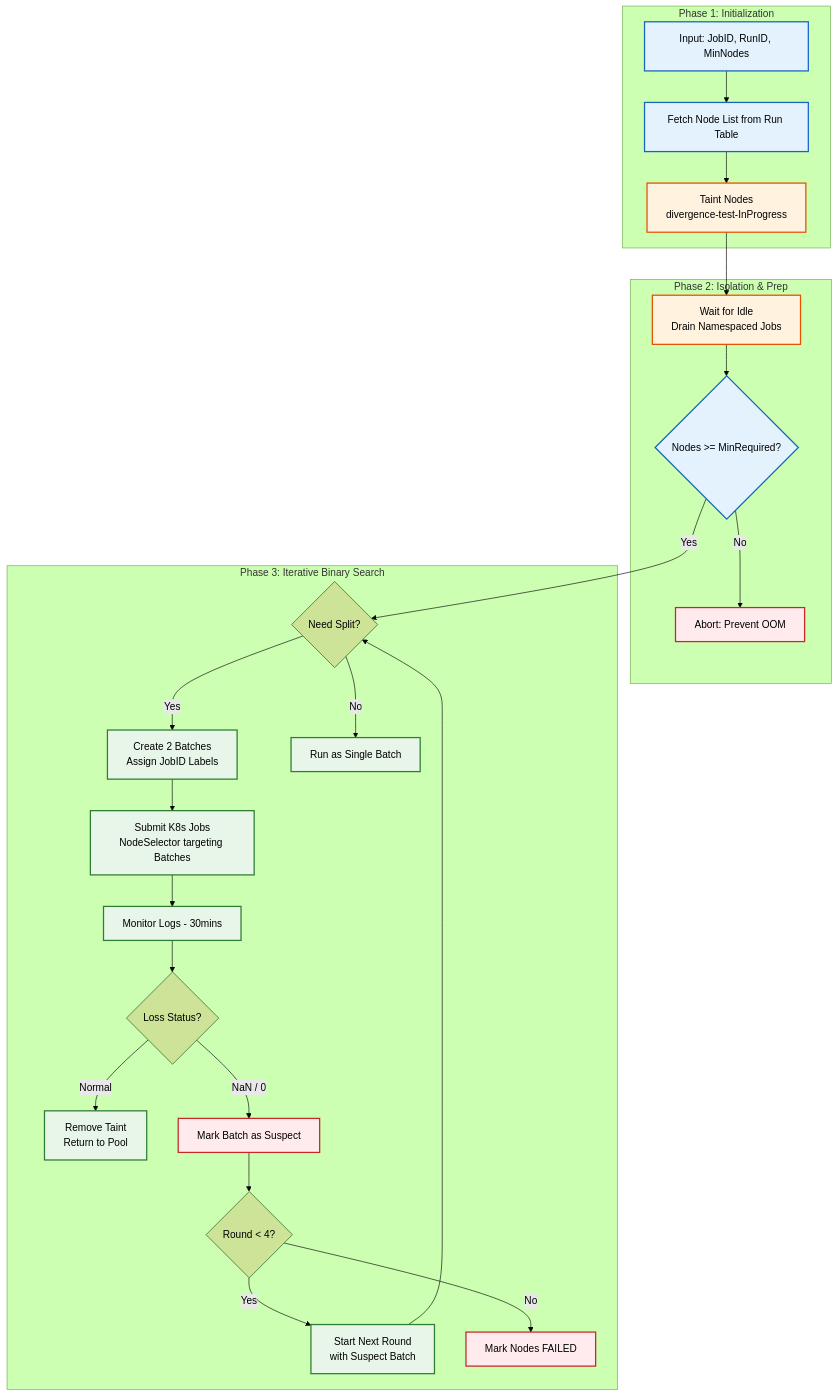
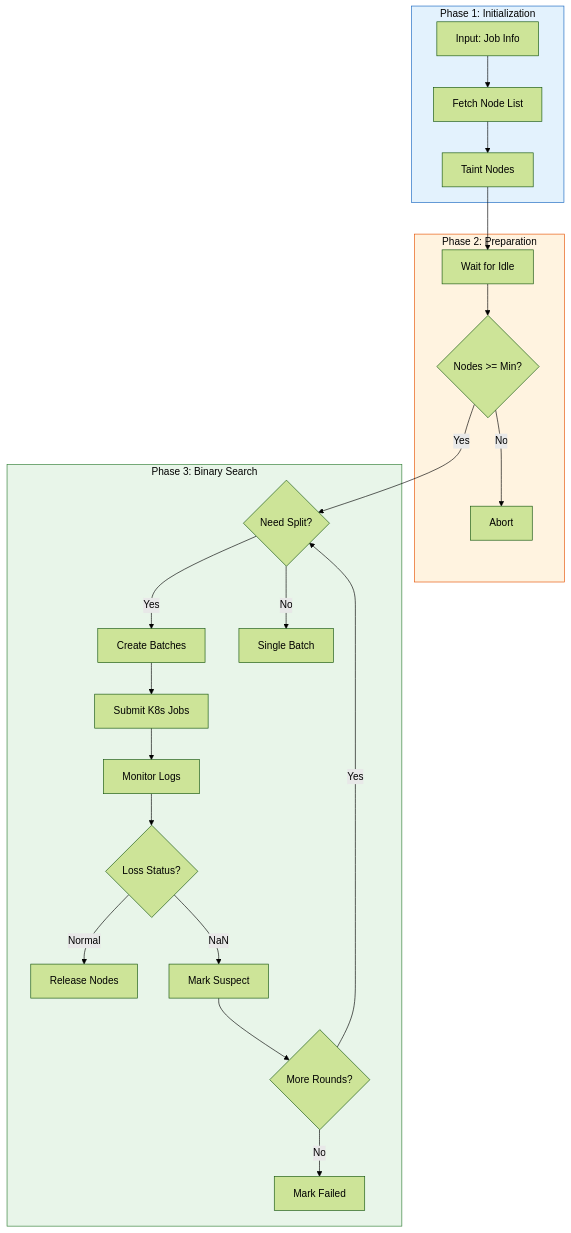
Before and after one commit to Yan-Cheng-Hsu/personal_website: the first of 2 diagrams in mydynamicweb/docs/amazon/case-2.md, drawn with Mermaid (forest theme). The commit also changed other lines of this file and 10 other files, not shown here.

````diff
--- a/mydynamicweb/docs/amazon/case-2.md
+++ b/mydynamicweb/docs/amazon/case-2.md
@@ -54,36 +58,31 @@
 ```mermaid
 graph TD
-    classDef init fill:#e3f2fd,stroke:#1565c0,stroke-width:2px;
-    classDef isolate fill:#fff3e0,stroke:#e65100,stroke-width:2px;
-    classDef test fill:#e8f5e9,stroke:#2e7d32,stroke-width:2px;
-    classDef fail fill:#ffebee,stroke:#c62828,stroke-width:2px;
-
-    subgraph "Phase 1: Initialization"
-        Input[Input: JobID, RunID, MinNodes]:::init --> Fetch[Fetch Node List from Run Table]:::init
-        Fetch --> Taint[Taint Nodes<br/>divergence-test-InProgress]:::isolate
+    subgraph Init["Phase 1: Initialization"]
+        Input[Input: Job Info] --> Fetch[Fetch Node List]
+        Fetch --> Taint[Taint Nodes]
     end
 
-    subgraph "Phase 2: Isolation & Prep"
-        Taint --> Wait[Wait for Idle<br/>Drain Namespaced Jobs]:::isolate
-        Wait --> CheckMin{Nodes >= MinRequired?}:::init
-        CheckMin -->|No| Abort[Abort: Prevent OOM]:::fail
+    subgraph Prep["Phase 2: Preparation"]
+        Taint --> Wait[Wait for Idle]
+        Wait --> Check{Nodes >= Min?}
+        Check -->|No| Abort[Abort]
     end
 
-    subgraph "Phase 3: Iterative Binary Search"
-        CheckMin -->|Yes| Split{Need Split?}
-        Split -->|Yes| Batching[Create 2 Batches<br/>Assign JobID Labels]:::test
-        Split -->|No| SingleBatch[Run as Single Batch]:::test
+    subgraph Search["Phase 3: Binary Search"]
+        Check -->|Yes| Split{Need Split?}
+        Split -->|Yes| Batch[Create Batches]
+        Split -->|No| Single[Single Batch]
+        Batch --> Submit[Submit K8s Jobs]
+        Submit --> Monitor[Monitor Logs]
+        Monitor --> Result{Loss Status?}
+        Result -->|Normal| Release[Release Nodes]
+        Result -->|NaN| Mark[Mark Suspect]
+        Mark --> Next{More Rounds?}
+        Next -->|Yes| Split
+        Next -->|No| Fail[Mark Failed]
+    end
 
-        Batching --> Submit[Submit K8s Jobs<br/>NodeSelector targeting Batches]:::test
-        Submit --> Monitor[Monitor Logs - 30mins]:::test
-
-        Monitor --> Result{Loss Status?}
-        Result -->|Normal| Release[Remove Taint<br/>Return to Pool]:::test
-        Result -->|NaN / 0| MarkBad[Mark Batch as Suspect]:::fail
-
-        MarkBad --> NextRound{Round < 4?}
-        NextRound -->|Yes| Recursion[Start Next Round<br/>with Suspect Batch]:::test
-        Recursion --> Split
-        NextRound -->|No| FinalFail[Mark Nodes FAILED]:::fail
-    end
+    style Init fill:#e3f2fd,stroke:#1565c0,color:#000
+    style Prep fill:#fff3e0,stroke:#e65100,color:#000
+    style Search fill:#e8f5e9,stroke:#2e7d32,color:#000
 ```
````
